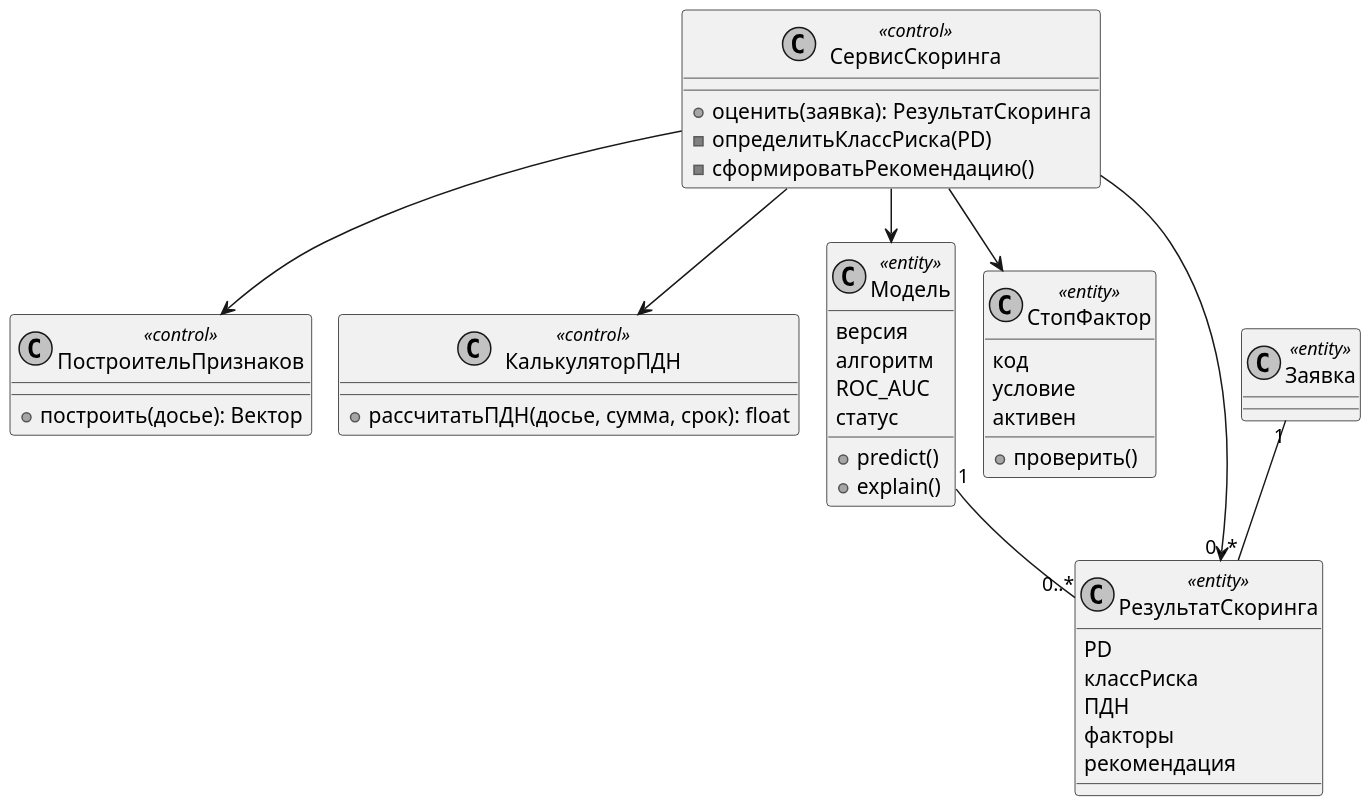
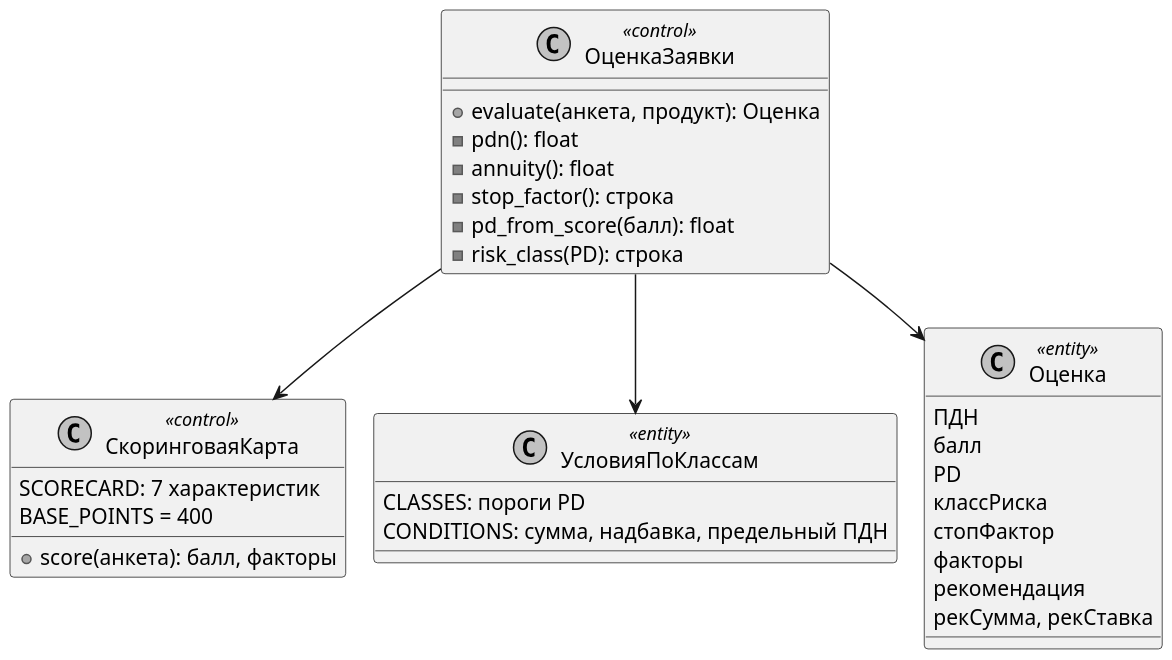
Before and after one commit to DarkSwordman999/credit-scoring-dss: the diagram in diagrams/uml_vopc_1.puml, drawn with PlantUML. The commit also changed 51 other files, not shown here.

Commit message:
Отчёты ПР 1-10 и диаграммы пересобраны под базовую редакцию

```diff
--- a/diagrams/uml_vopc_1.puml
+++ b/diagrams/uml_vopc_1.puml
@@ -1,47 +1,37 @@
 @startuml
 !pragma layout smetana
 skinparam dpi 150
 skinparam defaultFontName Arial
 skinparam shadowing false
 skinparam monochrome true
-class СервисСкоринга <<control>> {
- +оценить(заявка): РезультатСкоринга
- -определитьКлассРиска(PD)
- -сформироватьРекомендацию()
+class ОценкаЗаявки <<control>> {
+ +evaluate(анкета, продукт): Оценка
+ -pdn(): float
+ -annuity(): float
+ -stop_factor(): строка
+ -pd_from_score(балл): float
+ -risk_class(PD): строка
 }
-class ПостроительПризнаков <<control>> {
- +построить(досье): Вектор
+class СкоринговаяКарта <<control>> {
+ SCORECARD: 7 характеристик
+ BASE_POINTS = 400
+ +score(анкета): балл, факторы
 }
-class КалькуляторПДН <<control>> {
- +рассчитатьПДН(досье, сумма, срок): float
+class УсловияПоКлассам <<entity>> {
+ CLASSES: пороги PD
+ CONDITIONS: сумма, надбавка, предельный ПДН
 }
-class Модель <<entity>> {
- версия
- алгоритм
- ROC_AUC
- статус
- +predict()
- +explain()
-}
-class СтопФактор <<entity>> {
- код
- условие
- активен
- +проверить()
-}
-class РезультатСкоринга <<entity>> {
+class Оценка <<entity>> {
+ ПДН
+ балл
  PD
  классРиска
- ПДН
+ стопФактор
  факторы
  рекомендация
+ рекСумма, рекСтавка
 }
-class Заявка <<entity>>
-СервисСкоринга --> ПостроительПризнаков
-СервисСкоринга --> КалькуляторПДН
-СервисСкоринга --> Модель
-СервисСкоринга --> СтопФактор
-СервисСкоринга --> РезультатСкоринга
-Заявка "1" -- "0..*" РезультатСкоринга
-Модель "1" -- "0..*" РезультатСкоринга
+ОценкаЗаявки --> СкоринговаяКарта
+ОценкаЗаявки --> УсловияПоКлассам
+ОценкаЗаявки --> Оценка
 @enduml
```
